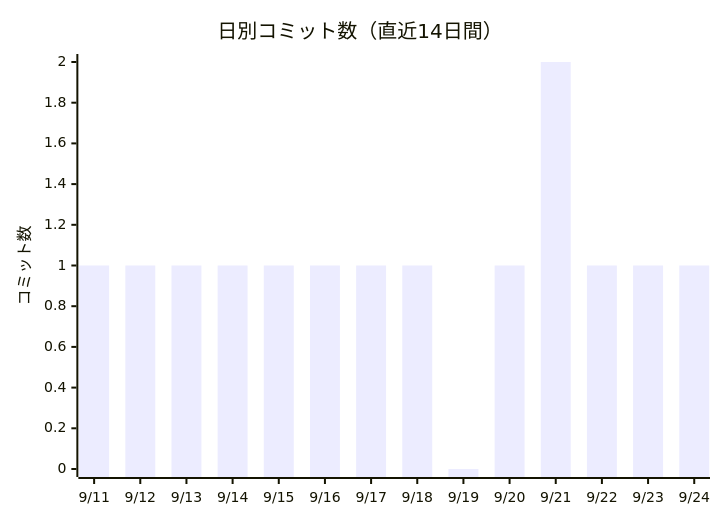
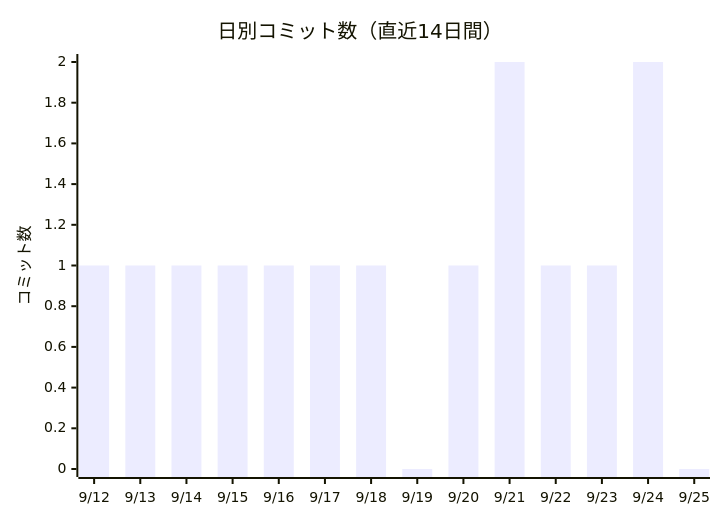
Before and after one commit to non-x2/non-x2: the first of 2 diagrams in docs/進化レポート.md, drawn with Mermaid. The commit also changed other lines of this file and 2 other files, not shown here.

````diff
--- a/docs/進化レポート.md
+++ b/docs/進化レポート.md
@@ -23,7 +23,7 @@
 ```mermaid
 xychart-beta
     title "日別コミット数（直近14日間）"
-    x-axis ["9/11", "9/12", "9/13", "9/14", "9/15", "9/16", "9/17", "9/18", "9/19", "9/20", "9/21", "9/22", "9/23", "9/24"]
+    x-axis ["9/12", "9/13", "9/14", "9/15", "9/16", "9/17", "9/18", "9/19", "9/20", "9/21", "9/22", "9/23", "9/24", "9/25"]
     y-axis "コミット数"
-    bar [1, 1, 1, 1, 1, 1, 1, 1, 0, 1, 2, 1, 1, 1]
+    bar [1, 1, 1, 1, 1, 1, 1, 0, 1, 2, 1, 1, 2, 0]
 ```
````
